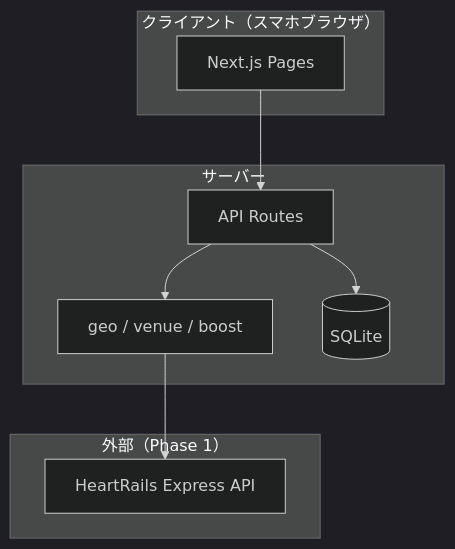
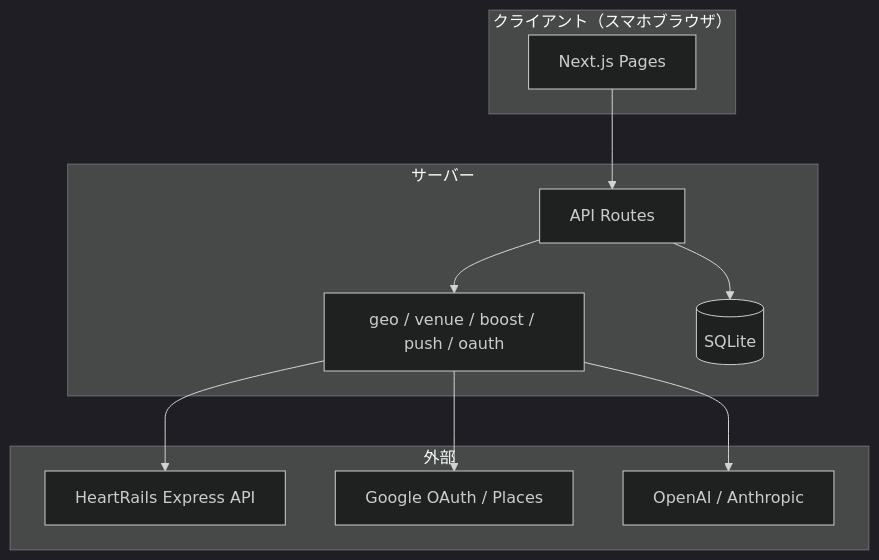
The diagram in nomikai-ai/BASIC_DESIGN.md (maouM-cmd/-), drawn with Mermaid (dark theme) before and after one commit. The commit also changed other lines of this file and 20 other files, not shown here.

First line of the commit message:
feat(nomikai-ai): Phase 6 — bug fixes, all-answered push, OGP, PWA icons

````diff
--- a/nomikai-ai/BASIC_DESIGN.md
+++ b/nomikai-ai/BASIC_DESIGN.md
@@ -7,18 +7,22 @@
 ```mermaid
 flowchart TB
   subgraph Client["クライアント（スマホブラウザ）"]
     UI[Next.js Pages]
   end
   subgraph Server["サーバー"]
     API[API Routes]
-    Lib[geo / venue / boost]
+    Lib[geo / venue / boost / push / oauth]
     DB[(SQLite)]
   end
-  subgraph External["外部（Phase 1）"]
+  subgraph External["外部"]
     HR[HeartRails Express API]
+    Google[Google OAuth / Places]
+    LLM[OpenAI / Anthropic]
   end
   UI --> API
   API --> Lib
   API --> DB
   Lib --> HR
+  Lib --> Google
+  Lib --> LLM
 ```
````
